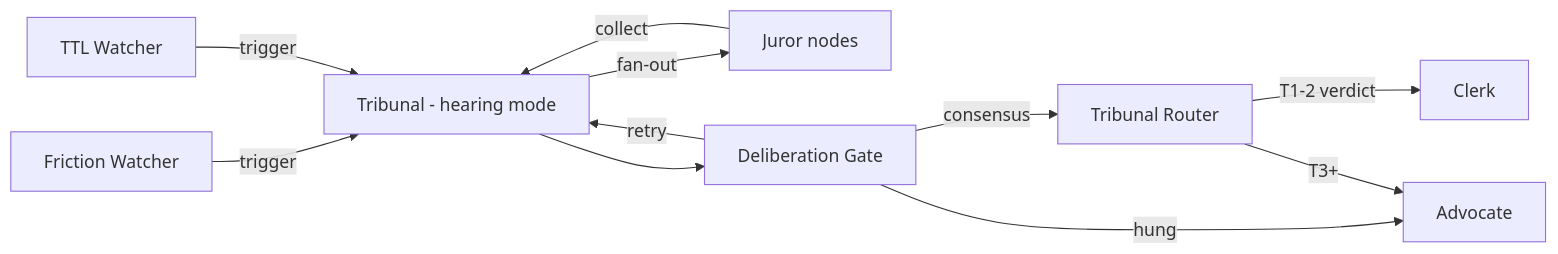
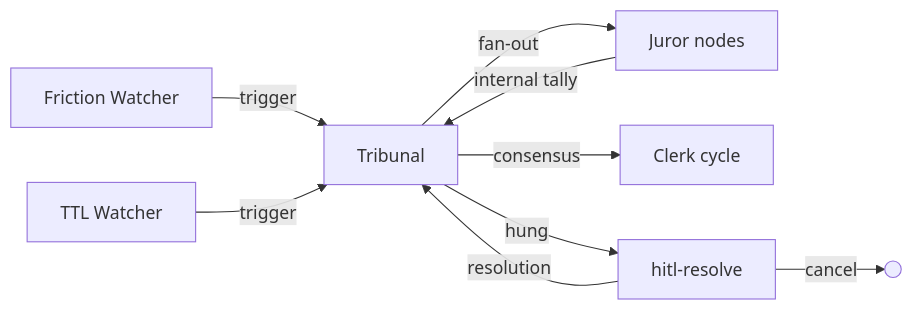
One commit to really-knows-ai/gideas changed the fourth of 5 diagrams in specs/01-concepts/02-foundry-cycle.md. Above: the diagram before and after it, drawn with Mermaid. The commit also changed other lines of this file and 28 other files, not shown here.

````diff
--- a/specs/01-concepts/02-foundry-cycle.md
+++ b/specs/01-concepts/02-foundry-cycle.md
@@ -184,14 +207,12 @@
 ```mermaid
 flowchart LR
-    FW[Friction Watcher] -->|trigger| Tribunal[Tribunal - hearing mode]
+    FW[Friction Watcher] -->|trigger| Tribunal
     TW[TTL Watcher] -->|trigger| Tribunal
     Tribunal -->|fan-out| Jurors[Juror nodes]
-    Jurors -->|collect| Tribunal
-    Tribunal --> DG[Deliberation Gate]
-    DG -->|consensus| TR[Tribunal Router]
-    DG -->|retry| Tribunal
-    DG -->|hung| Advocate
+    Jurors -->|internal tally| Tribunal
 
-    TR -->|T1-2 verdict| Clerk
-    TR -->|T3+| Advocate
+    Tribunal -->|consensus| Clerk[Clerk cycle]
+    Tribunal -->|hung| HITL[hitl-resolve]
+    HITL -->|resolution| Tribunal
+    HITL -->|cancel| Complete(( ))
 ```
````
